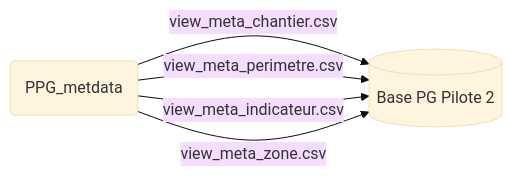
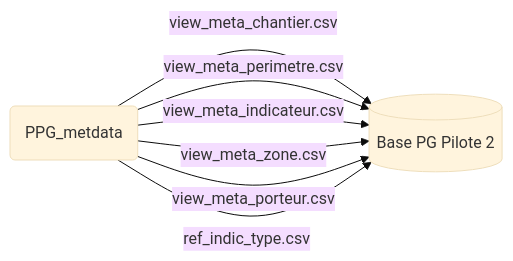
One commit to DITP-pilotage/pilote-2 changed the second of 4 diagrams in data/README.md. Above: the diagram before and after it, drawn with Mermaid (base theme). The commit also changed other lines of this file, not shown here.

````diff
--- a/data/README.md
+++ b/data/README.md
@@ -182,7 +182,9 @@
 ``` mermaid
 graph LR
 PPG(PPG_metdata) --> |view_meta_chantier.csv| PG[(Base PG Pilote 2)]
 PPG --> |view_meta_perimetre.csv| PG
 PPG --> |view_meta_indicateur.csv| PG
 PPG --> |view_meta_zone.csv| PG
+PPG --> |view_meta_porteur.csv| PG
+PPG --> |ref_indic_type.csv| PG
 ```
````
